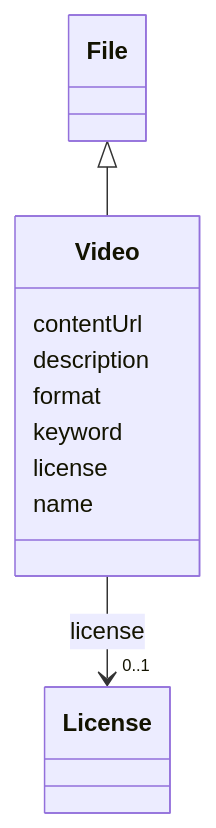
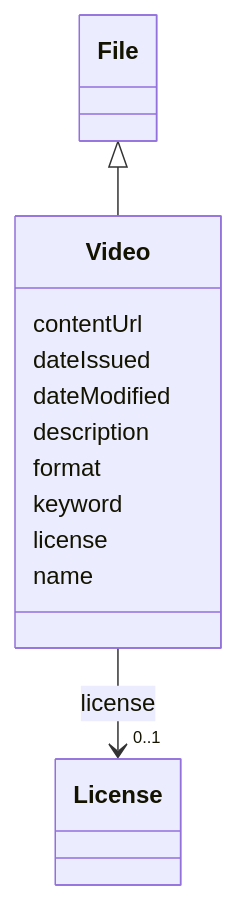
The diagram in models/docs/Video.md (EVORA-project/evora-ontology), drawn with Mermaid before and after one commit. The commit also changed other lines of this file and 377 other files, not shown here.

````diff
--- a/models/docs/Video.md
+++ b/models/docs/Video.md
@@ -19,28 +19,32 @@
 ```mermaid
  classDiagram
     class Video
     click Video href "../Video"
       File <|-- Video
         click File href "../File"
       
       Video : contentUrl
+        
+      Video : dateIssued
+        
+      Video : dateModified
         
       Video : description
         
       Video : format
         
       Video : keyword
         
       Video : license
         
           
     
     
     Video --> "0..1" License : license
     click License href "../License"
 
         
       Video : name
         
       
 ```
````
